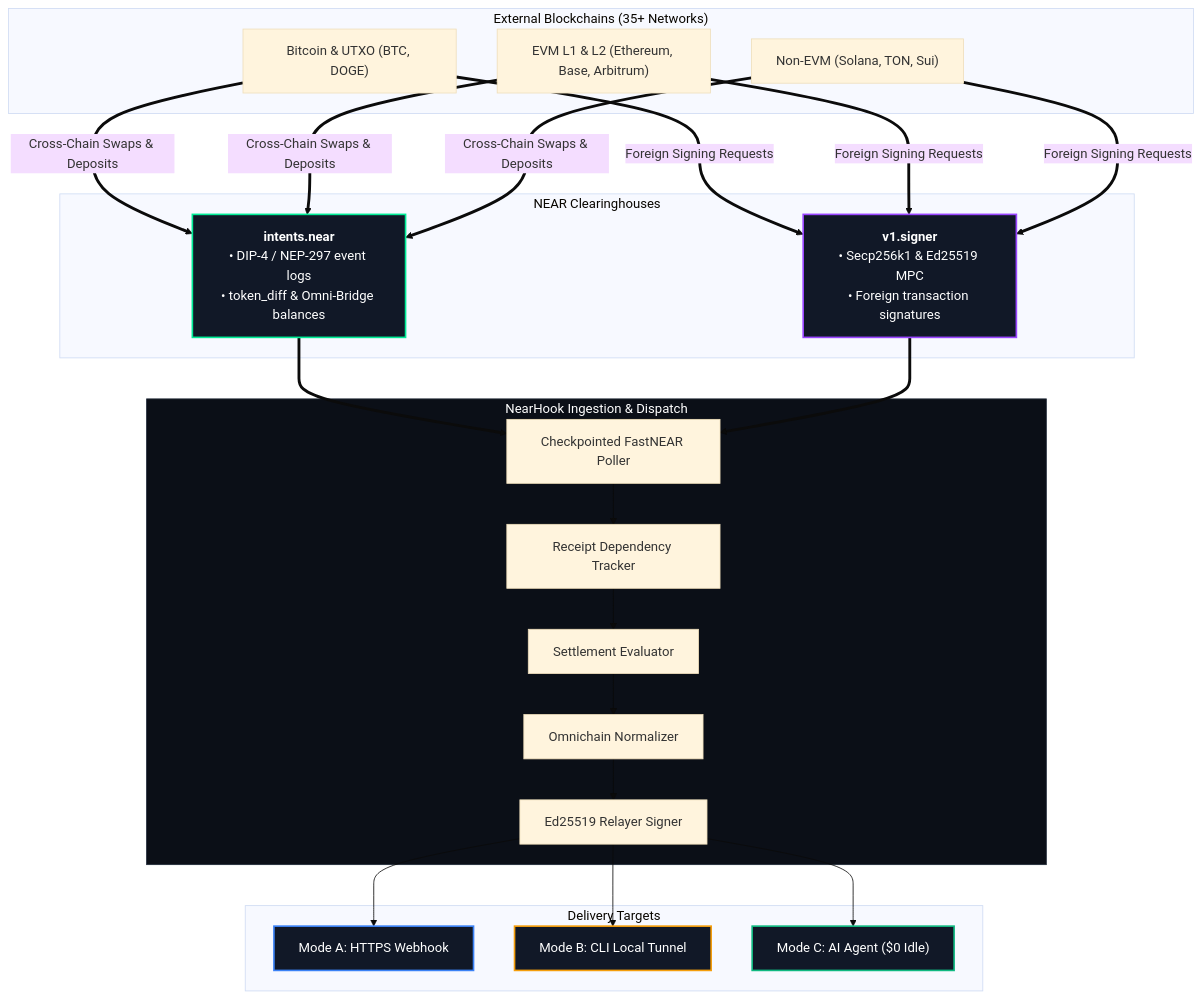
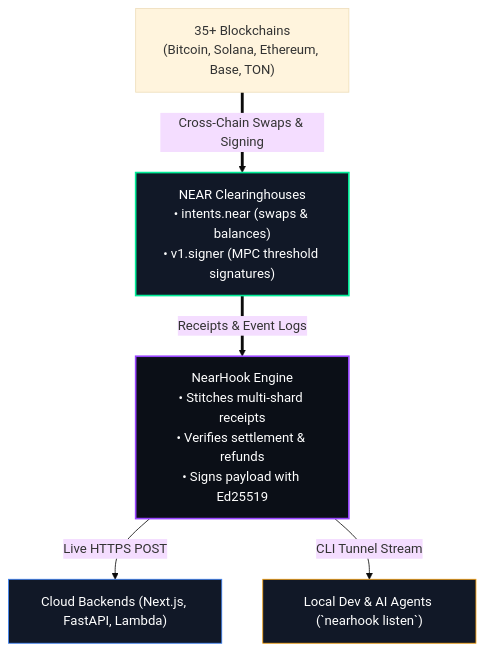
The fourth of 6 diagrams in whitepaper.md (Team-Managed/NEARHook), drawn with Mermaid (base theme) before and after one commit. The commit also changed other lines of this file, not shown here.

Commit message:
docs: clarify receipt stitching, omnichain ingress, and zero-config tunneling in whitepaper

````diff
--- a/whitepaper.md
+++ b/whitepaper.md
@@ -129,40 +126,12 @@
 ```mermaid
 flowchart TD
-    subgraph External["External Blockchains (35+ Networks)"]
-        BTC["Bitcoin & UTXO (BTC, DOGE)"]
-        EVM["EVM L1 & L2 (Ethereum, Base, Arbitrum)"]
-        NonEVM["Non-EVM (Solana, TON, Sui)"]
-    end
+    Chains["35+ Blockchains<br/>(Bitcoin, Solana, Ethereum, Base, TON)"] ==>|"Cross-Chain Swaps & Signing"| NEAR["NEAR Clearinghouses<br/>• intents.near (swaps & balances)<br/>• v1.signer (MPC threshold signatures)"]
+    NEAR ==>|"Receipts & Event Logs"| NearHook["NearHook Engine<br/>• Stitches multi-shard receipts<br/>• Verifies settlement & refunds<br/>• Signs payload with Ed25519"]
+    NearHook -->|"Live HTTPS POST"| Cloud["Cloud Backends (Next.js, FastAPI, Lambda)"]
+    NearHook -->|"CLI Tunnel Stream"| Tunnel["Local Dev & AI Agents (`nearhook listen`)"]
 
-    subgraph Clearinghouse["NEAR Clearinghouses"]
-        Intents["<b>intents.near</b><br/>• DIP-4 / NEP-297 event logs<br/>• token_diff & Omni-Bridge balances"]
-        Signer["<b>v1.signer</b><br/>• Secp256k1 & Ed25519 MPC<br/>• Foreign transaction signatures"]
-    end
-
-    subgraph NearHook["NearHook Ingestion & Dispatch"]
-        Poller["Checkpointed FastNEAR Poller"]
-        Tracker["Receipt Dependency Tracker"]
-        Evaluator["Settlement Evaluator"]
-        Normalizer["Omnichain Normalizer"]
-        Attestation["Ed25519 Relayer Signer"]
-    end
-
-    subgraph Ingress["Delivery Targets"]
-        CloudWebhook["Mode A: HTTPS Webhook"]
-        CLITunnel["Mode B: CLI Local Tunnel"]
-        AIAgent["Mode C: AI Agent ($0 Idle)"]
-    end
-
-    BTC & EVM & NonEVM ==>|"Cross-Chain Swaps & Deposits"| Intents
-    BTC & EVM & NonEVM ==>|"Foreign Signing Requests"| Signer
-    Intents & Signer ==> Poller
-    Poller --> Tracker --> Evaluator --> Normalizer --> Attestation
-    Attestation --> CloudWebhook & CLITunnel & AIAgent
-
-    style Intents fill:#111827,stroke:#00EC97,stroke-width:2px,color:#fff
-    style Signer fill:#111827,stroke:#9945FF,stroke-width:2px,color:#fff
-    style NearHook fill:#0B0F17,stroke:#1F2937,stroke-width:1px,color:#fff
-    style CloudWebhook fill:#111827,stroke:#3B82F6,stroke-width:2px,color:#fff
-    style CLITunnel fill:#111827,stroke:#F59E0B,stroke-width:2px,color:#fff
-    style AIAgent fill:#111827,stroke:#10B981,stroke-width:2px,color:#fff
+    style NEAR fill:#111827,stroke:#00EC97,stroke-width:2px,color:#fff
+    style NearHook fill:#0B0F17,stroke:#9945FF,stroke-width:2px,color:#fff
+    style Cloud fill:#111827,stroke:#3B82F6,stroke-width:1px,color:#fff
+    style Tunnel fill:#111827,stroke:#F59E0B,stroke-width:1px,color:#fff
 ```
````
